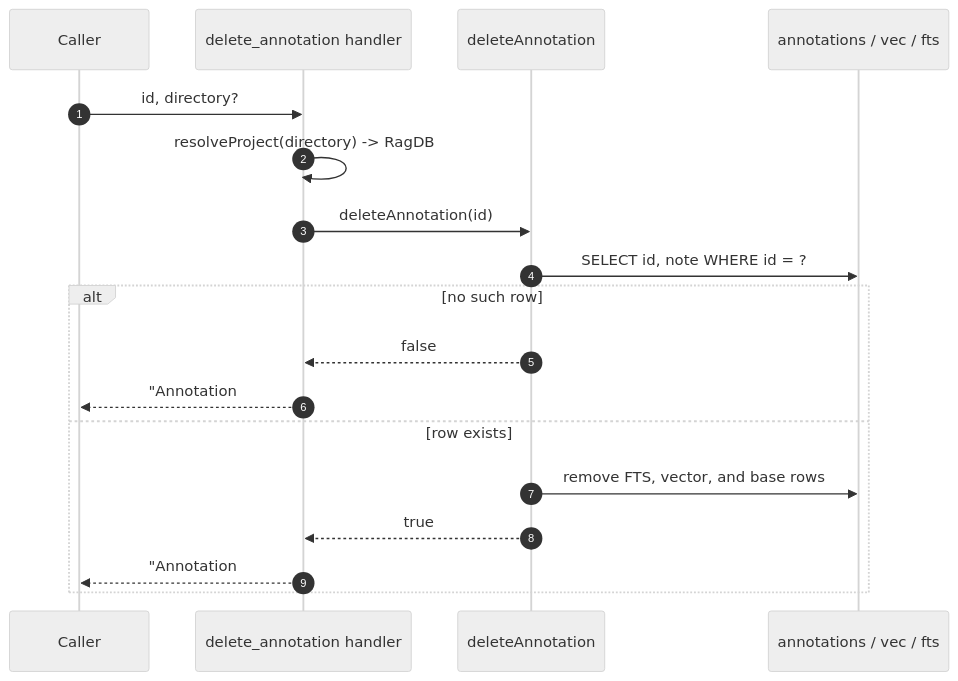
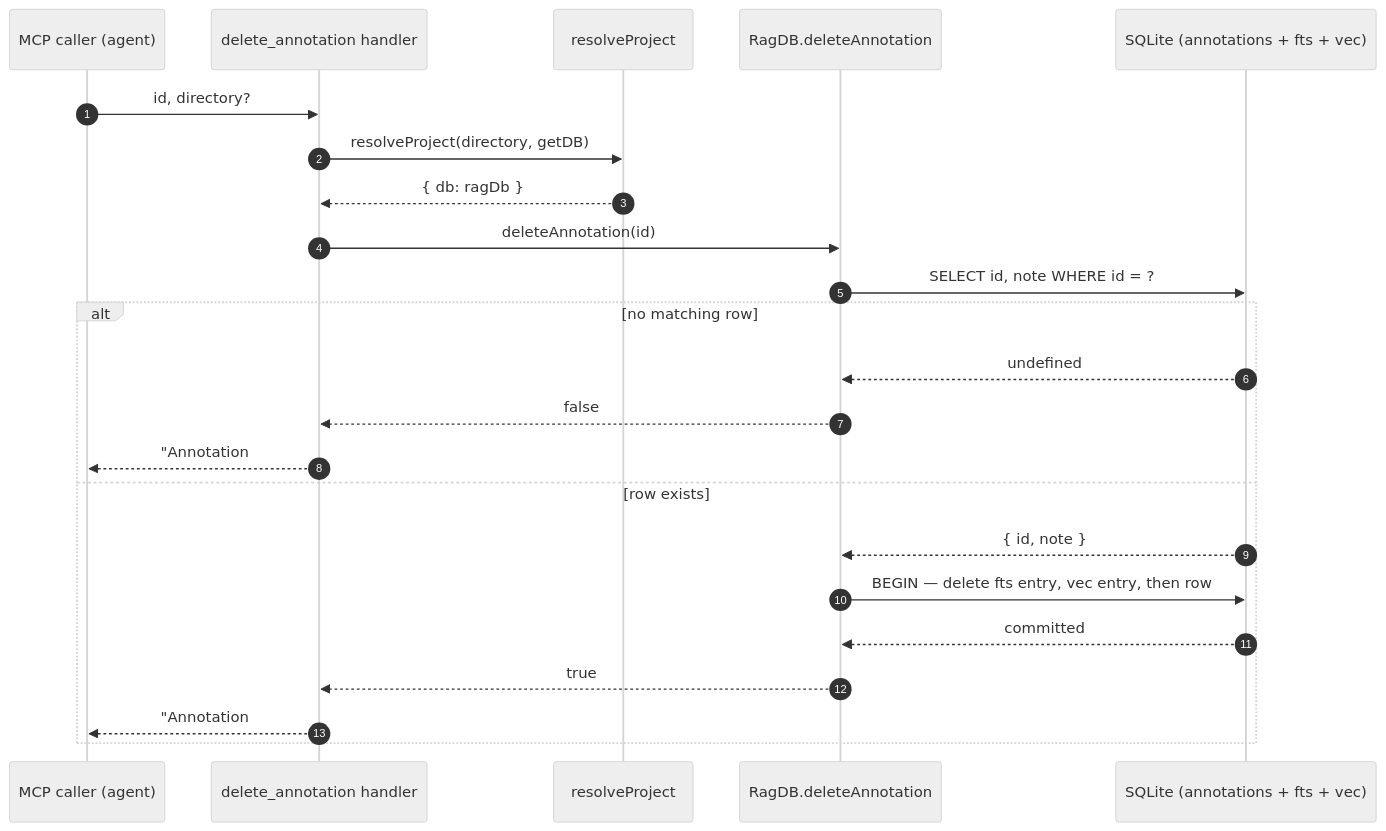
The diagram in wiki/tools/delete-annotation.md (TheWinci/mimirs), drawn with Mermaid (neutral theme) before and after one commit. The commit also changed other lines of this file and 51 other files, not shown here.

````diff
--- a/wiki/tools/delete-annotation.md
+++ b/wiki/tools/delete-annotation.md
@@ -11,21 +31,26 @@
 ```mermaid
 sequenceDiagram
-  autonumber
-  participant Caller
-  participant Tool as delete_annotation handler
-  participant DB as deleteAnnotation
-  participant SQLite as annotations / vec / fts
+    autonumber
+    participant Caller as MCP caller (agent)
+    participant Tool as delete_annotation handler
+    participant Resolve as resolveProject
+    participant DB as RagDB.deleteAnnotation
+    participant SQLite as SQLite (annotations + fts + vec)
 
-  Caller->>Tool: id, directory?
-  Tool->>Tool: resolveProject(directory) -> RagDB
-  Tool->>DB: deleteAnnotation(id)
-  DB->>SQLite: SELECT id, note WHERE id = ?
-  alt no such row
-    DB-->>Tool: false
-    Tool-->>Caller: "Annotation #id not found."
-  else row exists
-    DB->>SQLite: remove FTS, vector, and base rows
-    DB-->>Tool: true
-    Tool-->>Caller: "Annotation #id deleted."
-  end
+    Caller->>Tool: id, directory?
+    Tool->>Resolve: resolveProject(directory, getDB)
+    Resolve-->>Tool: { db: ragDb }
+    Tool->>DB: deleteAnnotation(id)
+    DB->>SQLite: SELECT id, note WHERE id = ?
+    alt no matching row
+        SQLite-->>DB: undefined
+        DB-->>Tool: false
+        Tool-->>Caller: "Annotation #<id> not found."
+    else row exists
+        SQLite-->>DB: { id, note }
+        DB->>SQLite: BEGIN — delete fts entry, vec entry, then row
+        SQLite-->>DB: committed
+        DB-->>Tool: true
+        Tool-->>Caller: "Annotation #<id> deleted."
+    end
 ```
````
